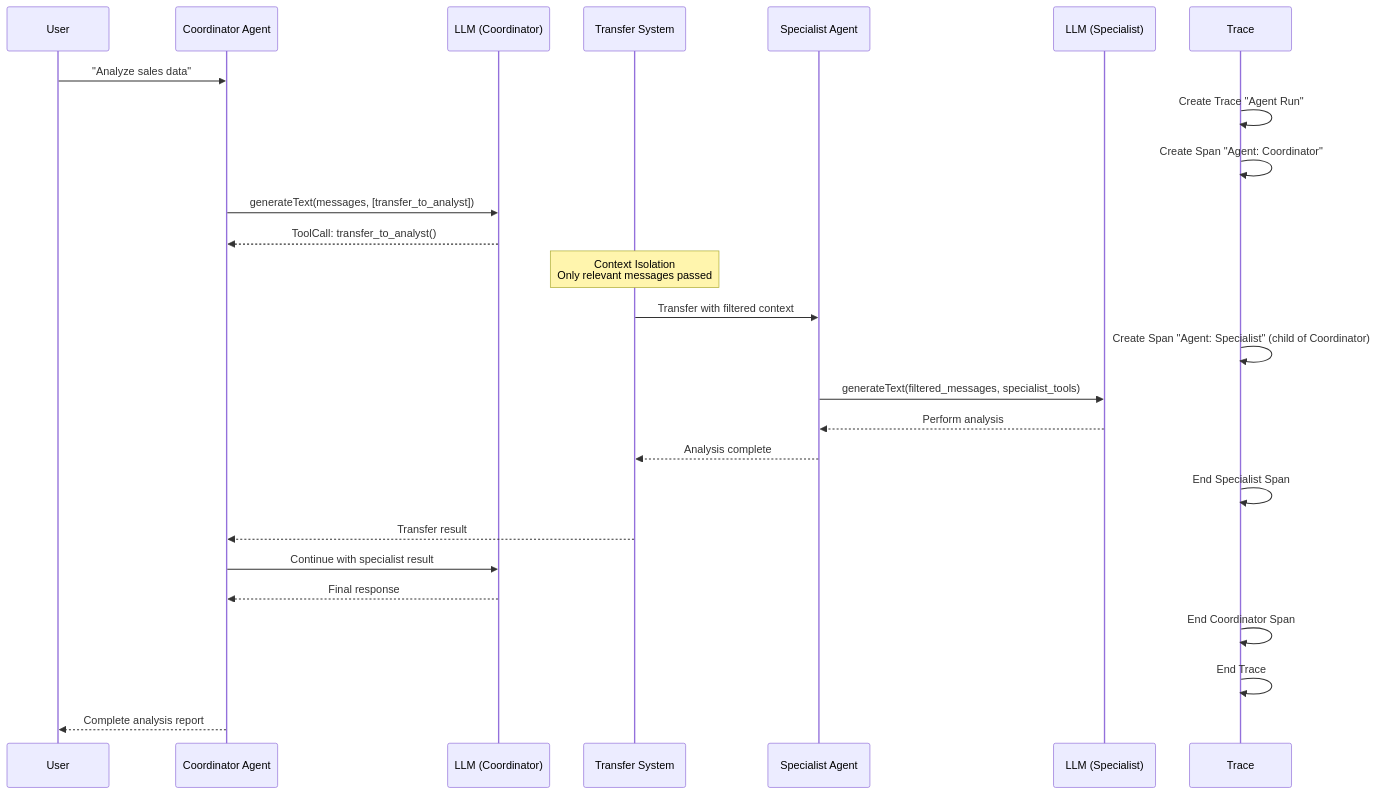
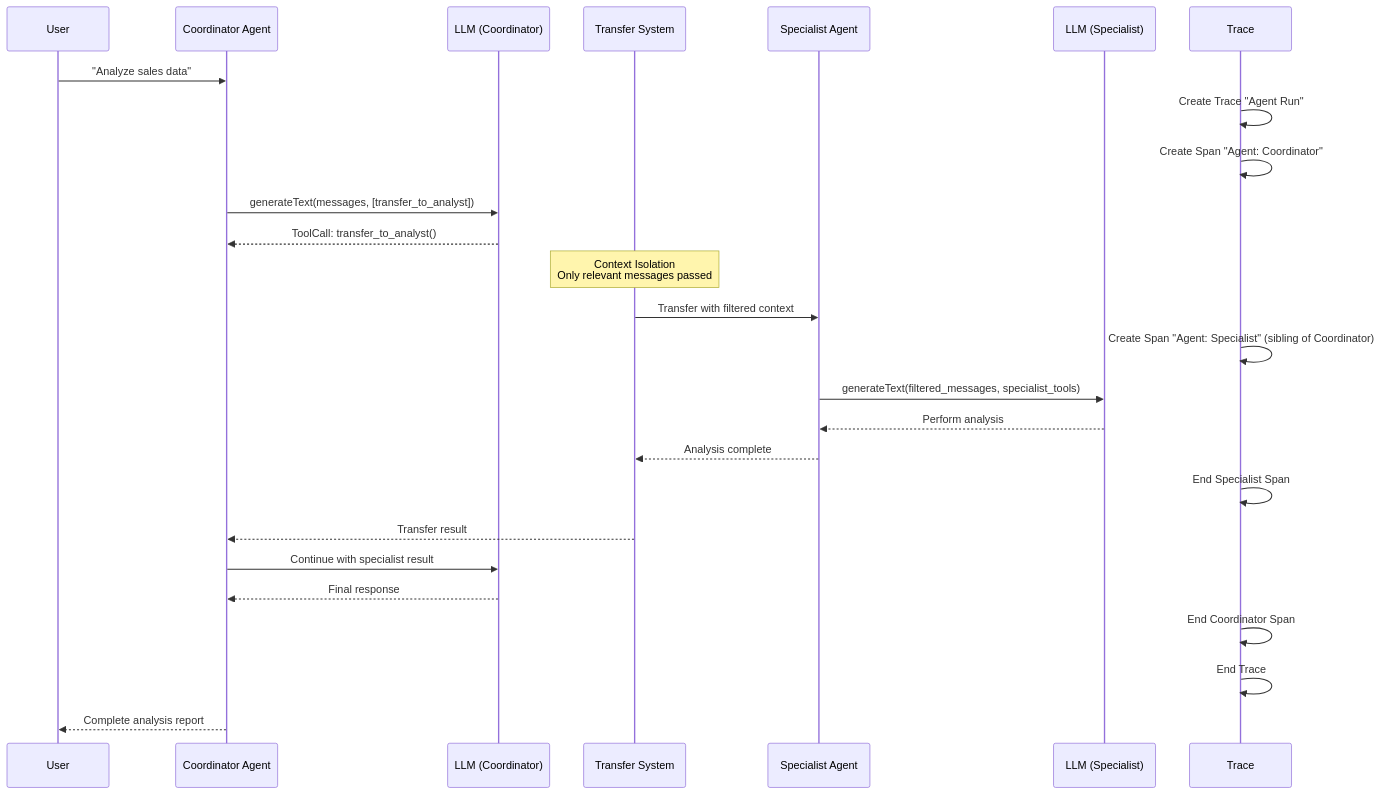
Before and after one commit to tawk/tawk-agents-sdk: the fourth of 11 diagrams in docs/reference/FLOW_DIAGRAMS.md, drawn with Mermaid. The commit also changed other lines of this file and 20 other files, not shown here.

````diff
--- a/docs/reference/FLOW_DIAGRAMS.md
+++ b/docs/reference/FLOW_DIAGRAMS.md
@@ -171,37 +170,37 @@
 ```mermaid
 sequenceDiagram
     participant U as User
     participant C as Coordinator Agent
     participant M1 as LLM (Coordinator)
     participant TR as Transfer System
     participant S as Specialist Agent
     participant M2 as LLM (Specialist)
     participant T as Trace
 
     U->>C: "Analyze sales data"
     T->>T: Create Trace "Agent Run"
     
     T->>T: Create Span "Agent: Coordinator"
     C->>M1: generateText(messages, [transfer_to_analyst])
     M1-->>C: ToolCall: transfer_to_analyst()
     
     Note over TR: Context Isolation<br/>Only relevant messages passed
     
     TR->>S: Transfer with filtered context
     
-    T->>T: Create Span "Agent: Specialist" (child of Coordinator)
+    T->>T: Create Span "Agent: Specialist" (sibling of Coordinator)
     S->>M2: generateText(filtered_messages, specialist_tools)
     M2-->>S: Perform analysis
     S-->>TR: Analysis complete
     
     T->>T: End Specialist Span
     
     TR-->>C: Transfer result
     C->>M1: Continue with specialist result
     M1-->>C: Final response
     
     T->>T: End Coordinator Span
     T->>T: End Trace
     
     C-->>U: Complete analysis report
 ```
````
